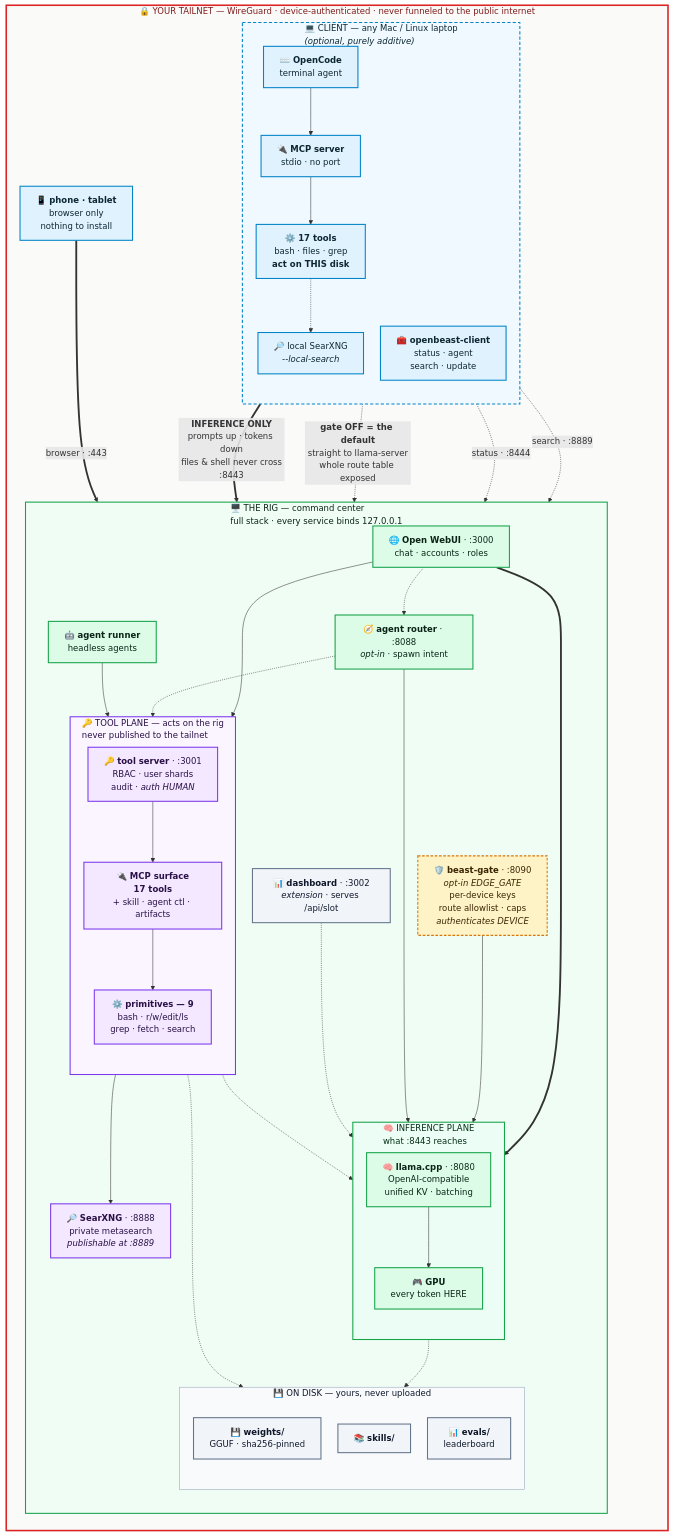
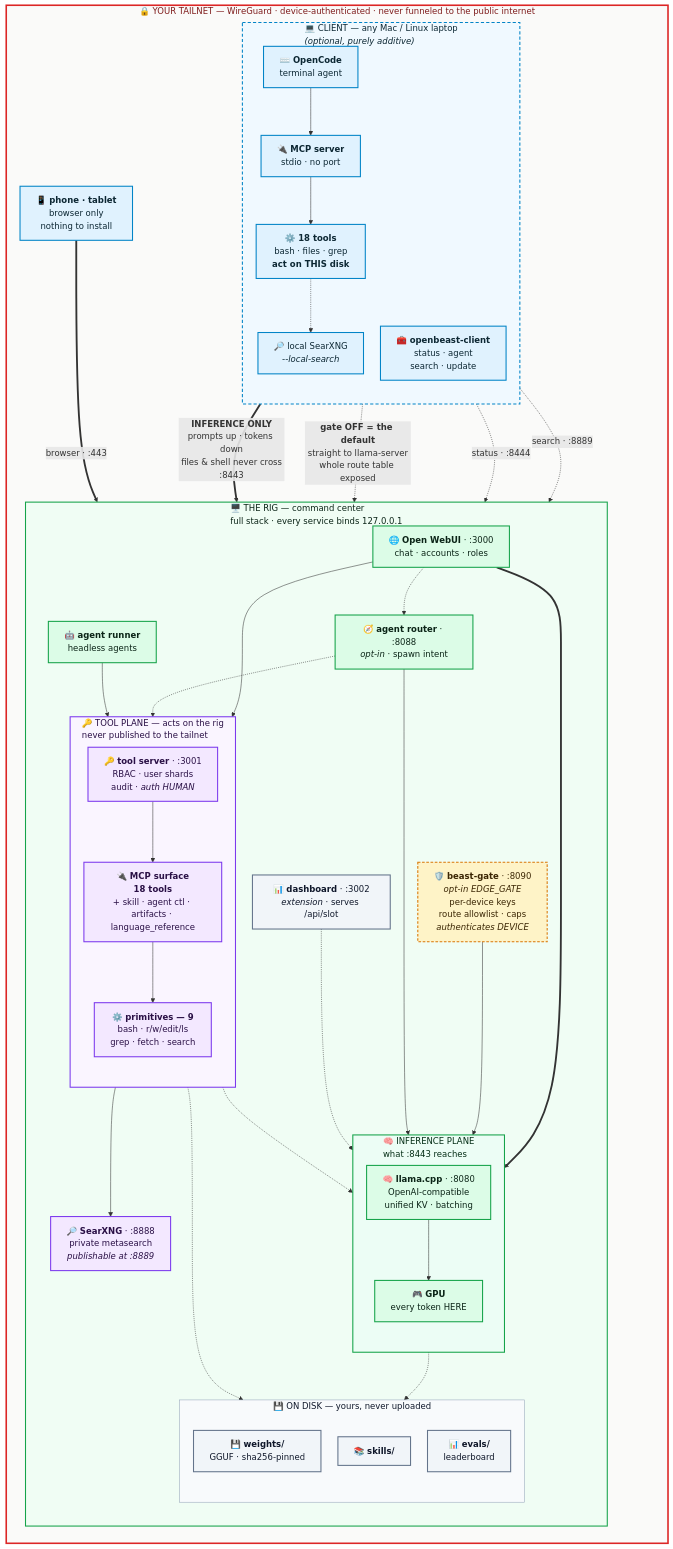
The diagram in README.md (MaximilianKhan/openbeast), drawn with Mermaid before and after one commit. The commit also changed other lines of this file and 31 other files, not shown here.

First line of the commit message:
feat(beast-lang): phase 5 (language_reference tool + skill) and the phase 3 synthesis harness (#92)

```diff
--- a/README.md
+++ b/README.md
@@ -277,7 +277,7 @@
       coc["⌨️ <b>OpenCode</b><br/>terminal agent"]
       ccli["🧰 <b>openbeast-client</b><br/>status · agent<br/>search · update"]
       cmcp["🔌 <b>MCP server</b><br/>stdio · no port"]
-      ctools["⚙️ <b>17 tools</b><br/>bash · files · grep<br/><b>act on THIS disk</b>"]
+      ctools["⚙️ <b>18 tools</b><br/>bash · files · grep<br/><b>act on THIS disk</b>"]
       csx["🔎 local SearXNG<br/><i>--local-search</i>"]
       coc --> cmcp
       cmcp --> ctools
@@ -299,7 +299,7 @@
       subgraph TOOLPLANE["🔑 TOOL PLANE — acts on the rig<br/>never published to the tailnet"]
         direction TB
         idsrv["🔑 <b>tool server</b> · :3001<br/>RBAC · user shards<br/>audit · <i>auth HUMAN</i>"]
-        mcp["🔌 <b>MCP surface</b><br/><b>17 tools</b><br/>+ skill · agent ctl · artifacts"]
+        mcp["🔌 <b>MCP surface</b><br/><b>18 tools</b><br/>+ skill · agent ctl · artifacts · language_reference"]
         prim["⚙️ <b>primitives — 9</b><br/>bash · r/w/edit/ls<br/>grep · fetch · search"]
         idsrv --> mcp
         mcp --> prim
```
